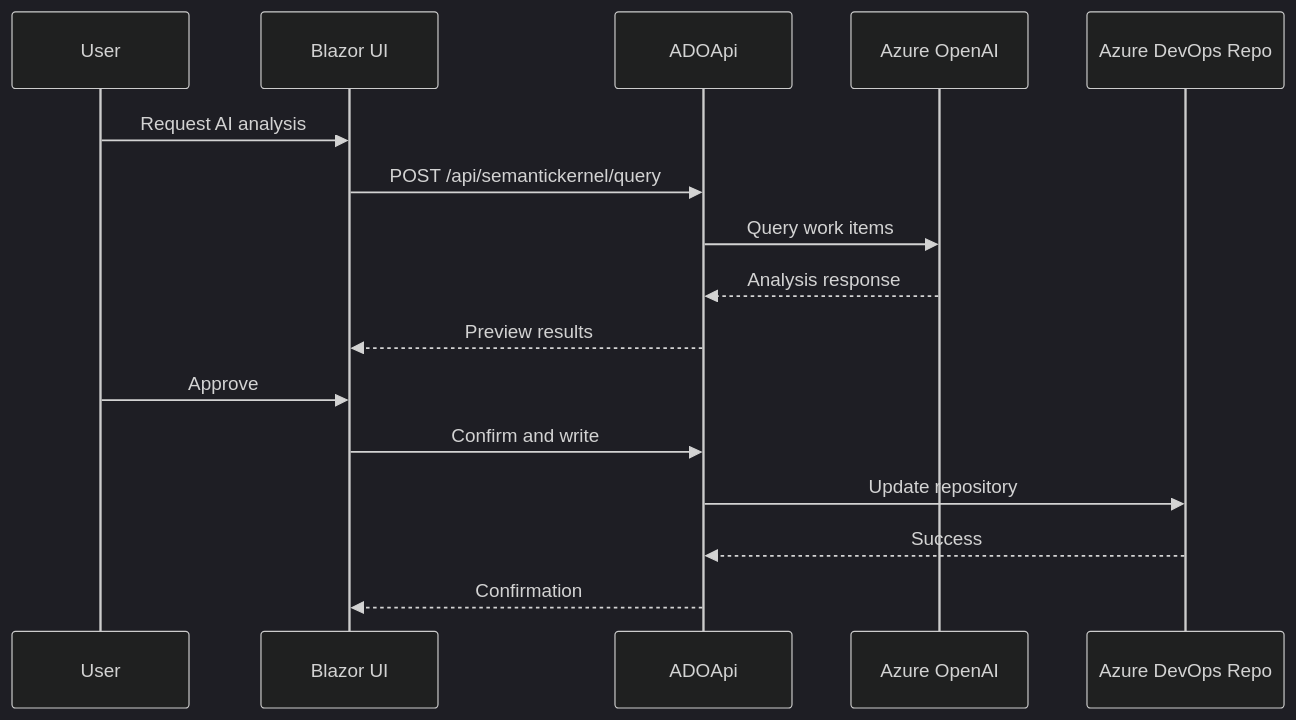
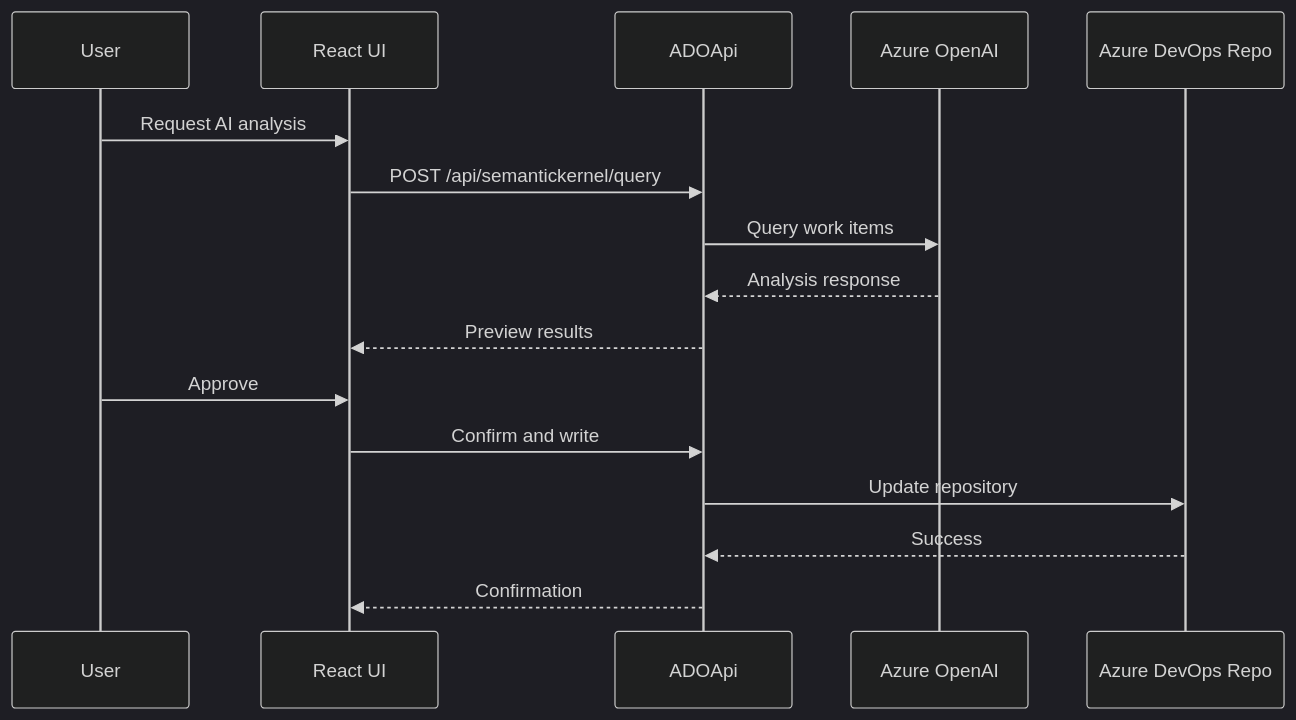
The second of 4 diagrams in ARCHITECTURE.md (tomblanchard312/AzureDevopsApi), drawn with Mermaid (dark theme) before and after one commit. The commit also changed other lines of this file and 47 other files, not shown here.

````diff
--- a/ARCHITECTURE.md
+++ b/ARCHITECTURE.md
@@ -87,19 +87,19 @@
 ```mermaid
 sequenceDiagram
   participant U as User
-  participant UI as Blazor UI
+  participant UI as React UI
   participant API as ADOApi
   participant AI as Azure OpenAI
   participant Repo as Azure DevOps Repo
 
   U->>UI: Request AI analysis
   UI->>API: POST /api/semantickernel/query
   API->>AI: Query work items
   AI-->>API: Analysis response
   API-->>UI: Preview results
   U->>UI: Approve
   UI->>API: Confirm and write
   API->>Repo: Update repository
   Repo-->>API: Success
   API-->>UI: Confirmation
 ```
````
